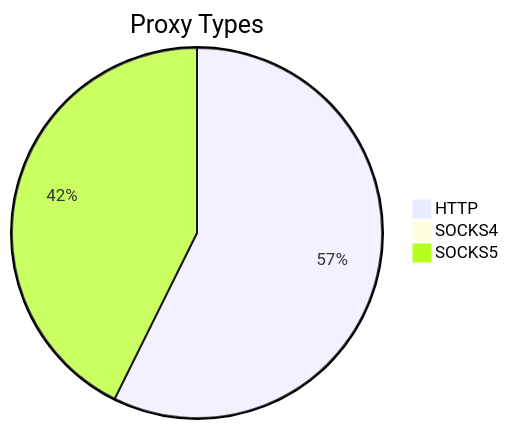
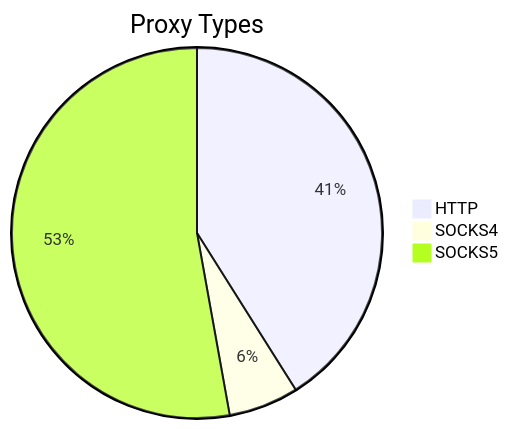
Before and after one commit to stormsia/proxy-list: the first of 2 diagrams in README.md, drawn with Mermaid. The commit also changed other lines of this file, not shown here.

````diff
--- a/README.md
+++ b/README.md
@@ -21,6 +21,6 @@
 ```mermaid
 pie title Proxy Types
-    "HTTP" : 770
-    "SOCKS4" : 12
-    "SOCKS5" : 573
+    "HTTP" : 645
+    "SOCKS4" : 96
+    "SOCKS5" : 830
 ```
````
